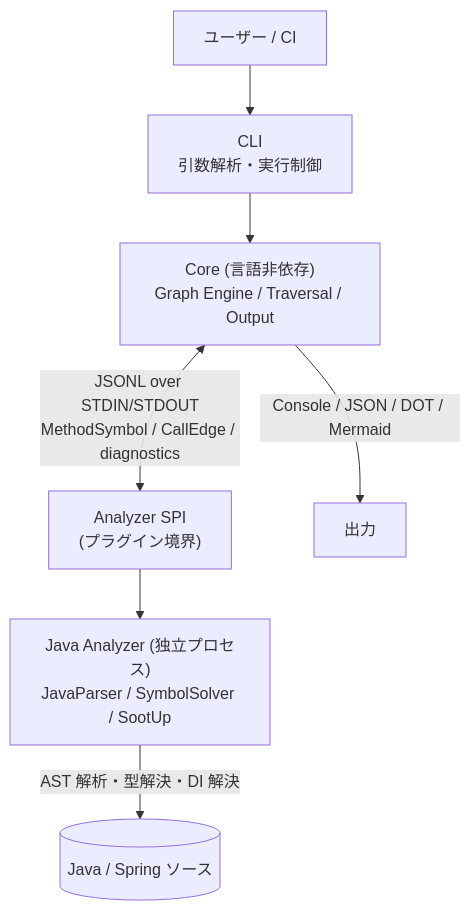
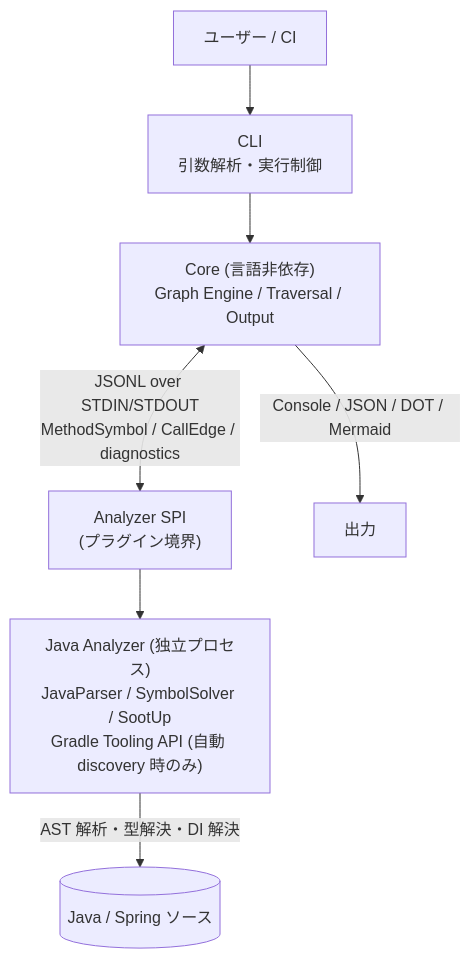
The second of 3 diagrams in design/DesignDoc.md (Fukuemon/depwalk), drawn with Mermaid before and after one commit. The commit also changed other lines of this file and 14 other files, not shown here.

````diff
--- a/design/DesignDoc.md
+++ b/design/DesignDoc.md
@@ -118,9 +118,9 @@
 ```mermaid
 flowchart TD
     user["ユーザー / CI"] --> cli["CLI<br/>引数解析・実行制御"]
     cli --> core["Core (言語非依存)<br/>Graph Engine / Traversal / Output"]
     core <-->|"JSONL over STDIN/STDOUT<br/>MethodSymbol / CallEdge / diagnostics"| spi["Analyzer SPI<br/>(プラグイン境界)"]
-    spi --> ja["Java Analyzer (独立プロセス)<br/>JavaParser / SymbolSolver / SootUp"]
+    spi --> ja["Java Analyzer (独立プロセス)<br/>JavaParser / SymbolSolver / SootUp<br/>Gradle Tooling API (自動 discovery 時のみ)"]
     ja -->|"AST 解析・型解決・DI 解決"| src[("Java / Spring ソース")]
     core -->|"Console / JSON / DOT / Mermaid"| out["出力"]
 ```
````
